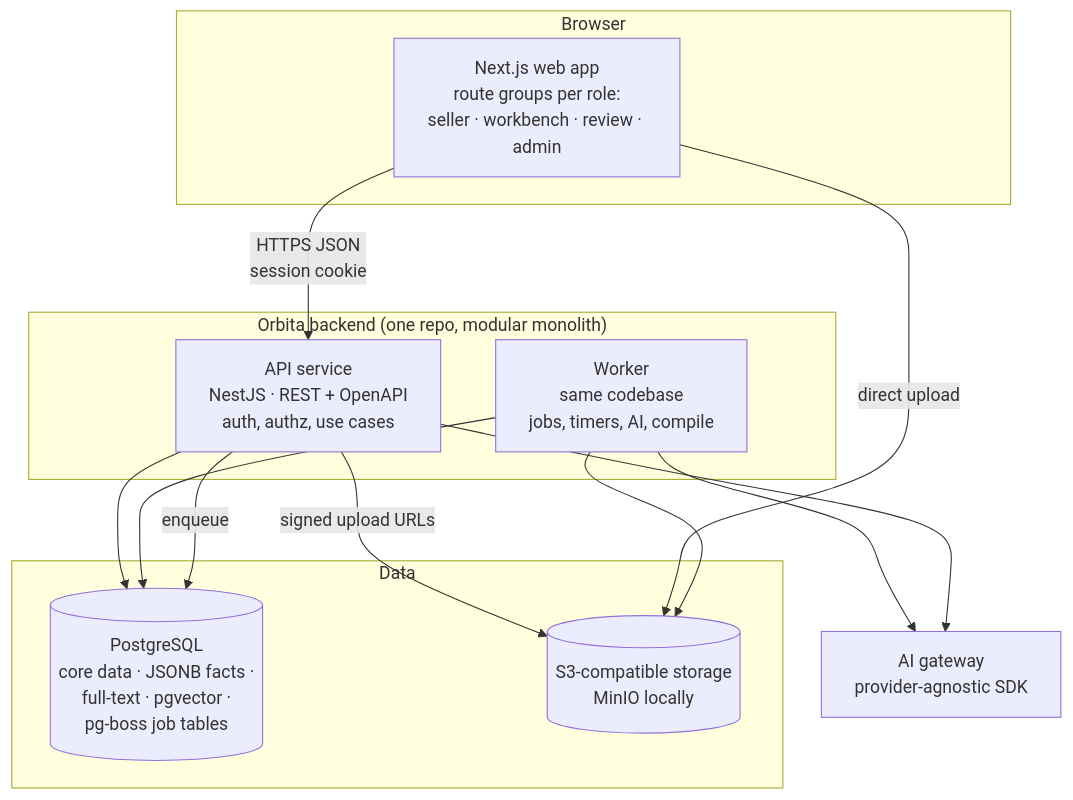
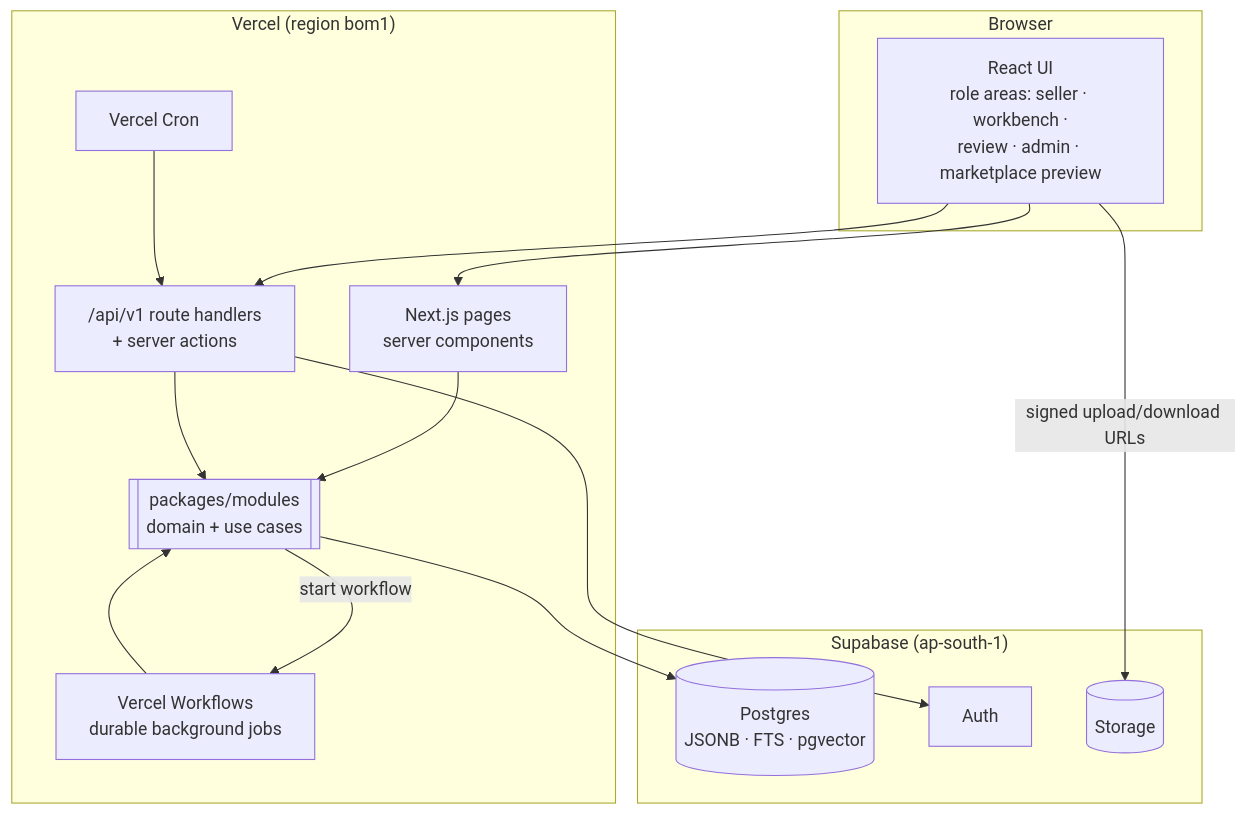
One commit to anuragsinghv25-lab/my-own-marketplace changed the second of 4 diagrams in docs/architecture/04-system-architecture.md. Above: the diagram before and after it, drawn with Mermaid. The commit also changed other lines of this file and 26 other files, not shown here.

First line of the commit message:
Add release plan (R0-R9) and Vercel + Supabase deployment architecture

````diff
--- a/docs/architecture/04-system-architecture.md
+++ b/docs/architecture/04-system-architecture.md
@@ -28,24 +28,28 @@
 ```mermaid
 flowchart TB
-  subgraph Client["Browser"]
-    WEB[Next.js web app<br/>route groups per role:<br/>seller · workbench · review · admin]
+  subgraph Browser
+    UI[React UI<br/>role areas: seller · workbench ·<br/>review · admin · marketplace preview]
   end
-  subgraph Server["Orbita backend (one repo, modular monolith)"]
-    API[API service<br/>NestJS · REST + OpenAPI<br/>auth, authz, use cases]
-    WRK[Worker<br/>same codebase<br/>jobs, timers, AI, compile]
+  subgraph Vercel["Vercel (region bom1)"]
+    PAGES[Next.js pages<br/>server components]
+    API["/api/v1 route handlers<br/>+ server actions"]
+    WF[Vercel Workflows<br/>durable background jobs]
+    CRON[Vercel Cron]
+    MOD[[packages/modules<br/>domain + use cases]]
   end
-  subgraph Data
-    PG[(PostgreSQL<br/>core data · JSONB facts ·<br/>full-text · pgvector ·<br/>pg-boss job tables)]
-    S3[(S3-compatible storage<br/>MinIO locally)]
+  subgraph Supabase["Supabase (ap-south-1)"]
+    PG[(Postgres<br/>JSONB · FTS · pgvector)]
+    AUTH[Auth]
+    ST[(Storage)]
   end
-  AIGW[AI gateway<br/>provider-agnostic SDK]
-  WEB -- HTTPS JSON<br/>session cookie --> API
-  API --> PG
-  WRK --> PG
-  API -- enqueue --> PG
-  API -- signed upload URLs --> S3
-  WEB -- direct upload --> S3
-  WRK --> S3
-  WRK --> AIGW
-  API --> AIGW
+  UI --> PAGES
+  UI --> API
+  UI -- signed upload/download URLs --> ST
+  PAGES --> MOD
+  API --> MOD
+  WF --> MOD
+  CRON --> API
+  MOD --> PG
+  API --> AUTH
+  MOD -- start workflow --> WF
 ```
````
